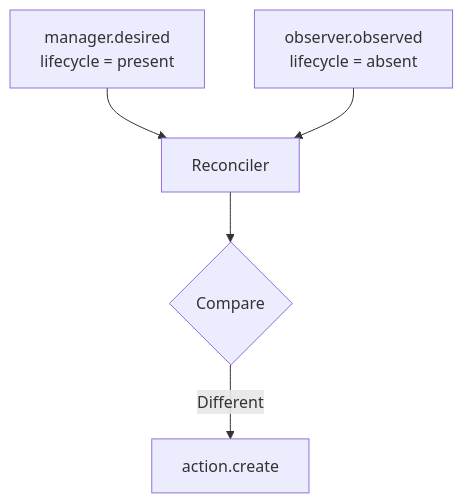
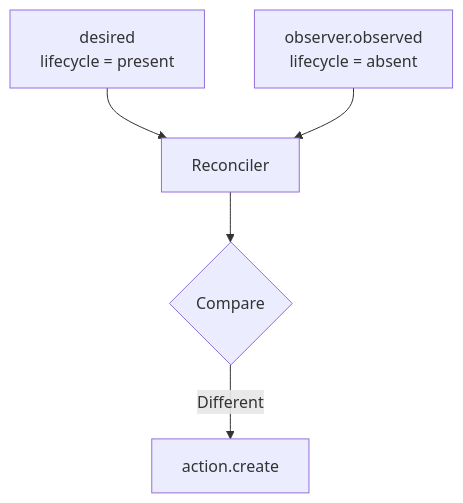
One commit to danielsabatini/smarkee changed diagram 11 of 18 in docs/loop/RESOURCE-CONTROL-LOOP.md. Above: the diagram before and after it, drawn with Mermaid. The commit also changed other lines of this file and 81 other files, not shown here.

Commit message:
docs: alinhar documentações e diagramas aos subjects de 4 tokens do NATS

````diff
--- a/docs/loop/RESOURCE-CONTROL-LOOP.md
+++ b/docs/loop/RESOURCE-CONTROL-LOOP.md
@@ -749,14 +749,14 @@
 ```mermaid
 flowchart TB
 
-    D["manager.desired<br/>lifecycle = present"]
+    D["desired<br/>lifecycle = present"]
     O["observer.observed<br/>lifecycle = absent"]
 
     D --> R["Reconciler"]
 
     O --> R
 
     R --> C{"Compare"}
 
     C -->|"Different"| A["action.create"]
 ```
````
